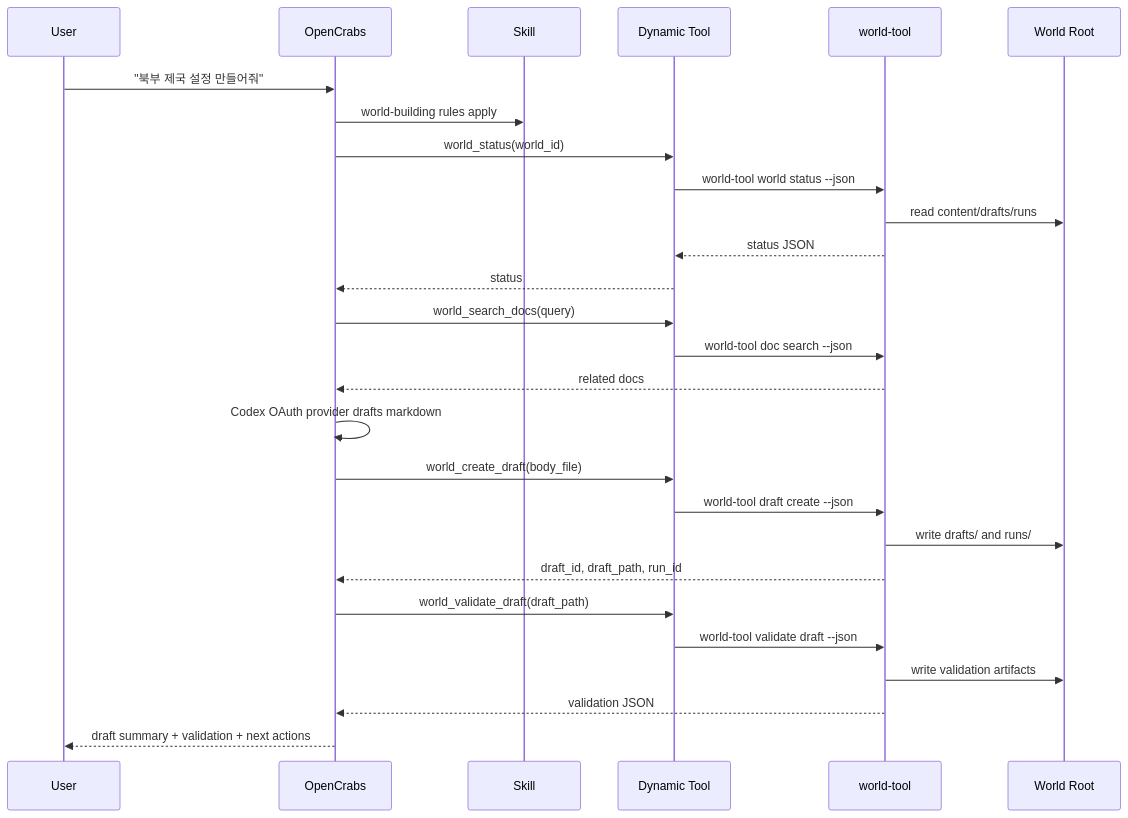
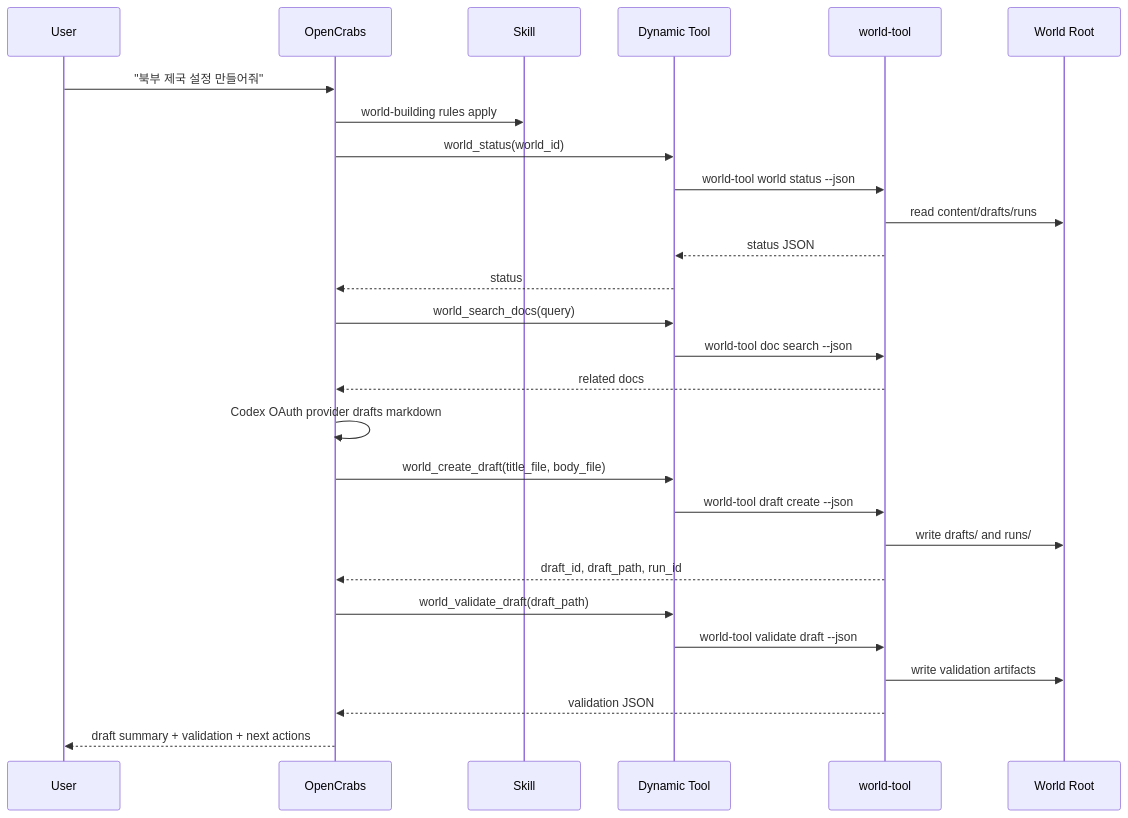
The third of 5 diagrams in docs/system-design.md (hoonzinope/world-building-harness), drawn with Mermaid before and after one commit. The commit also changed other lines of this file and 11 other files, not shown here.

````diff
--- a/docs/system-design.md
+++ b/docs/system-design.md
@@ -87,30 +89,30 @@
 ```mermaid
 sequenceDiagram
     participant User
     participant OpenCrabs
     participant Skill
     participant Tool as Dynamic Tool
     participant WT as world-tool
     participant World as World Root
 
     User->>OpenCrabs: "북부 제국 설정 만들어줘"
     OpenCrabs->>Skill: world-building rules apply
     OpenCrabs->>Tool: world_status(world_id)
     Tool->>WT: world-tool world status --json
     WT->>World: read content/drafts/runs
     WT-->>Tool: status JSON
     Tool-->>OpenCrabs: status
     OpenCrabs->>Tool: world_search_docs(query)
     Tool->>WT: world-tool doc search --json
     WT-->>OpenCrabs: related docs
     OpenCrabs->>OpenCrabs: Codex OAuth provider drafts markdown
-    OpenCrabs->>Tool: world_create_draft(body_file)
+    OpenCrabs->>Tool: world_create_draft(title_file, body_file)
     Tool->>WT: world-tool draft create --json
     WT->>World: write drafts/ and runs/
     WT-->>OpenCrabs: draft_id, draft_path, run_id
     OpenCrabs->>Tool: world_validate_draft(draft_path)
     Tool->>WT: world-tool validate draft --json
     WT->>World: write validation artifacts
     WT-->>OpenCrabs: validation JSON
     OpenCrabs-->>User: draft summary + validation + next actions
 ```
````
